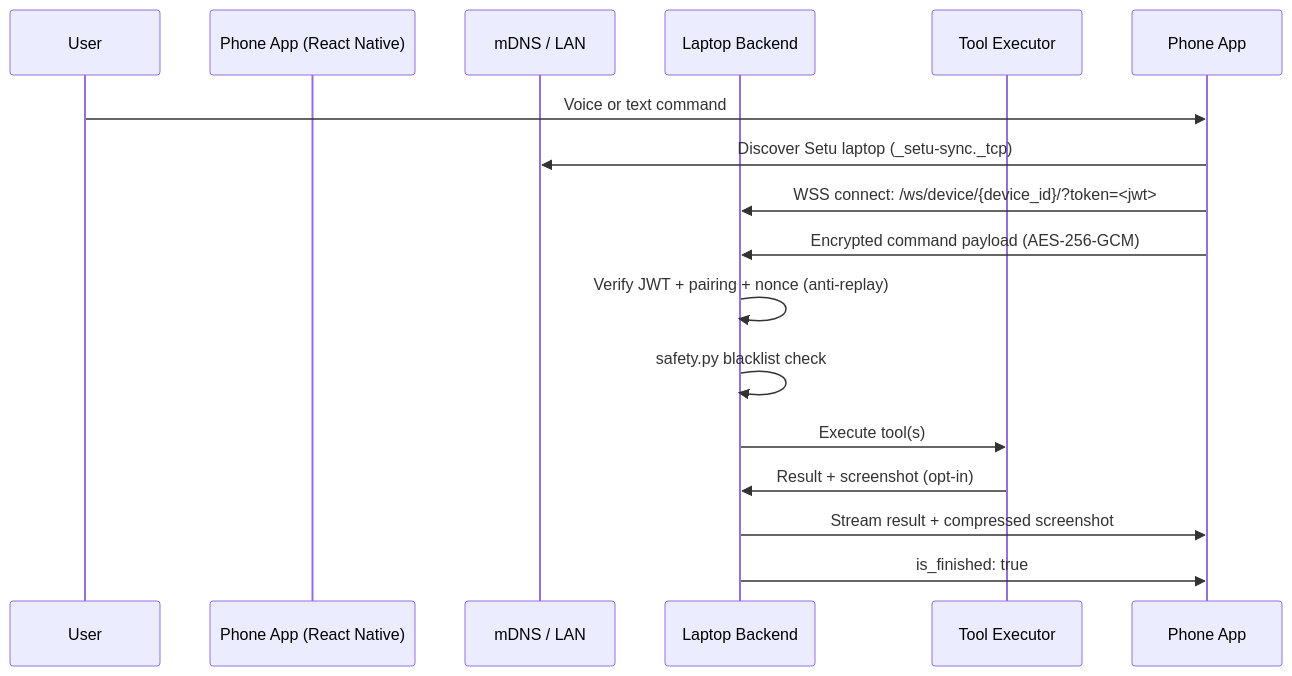
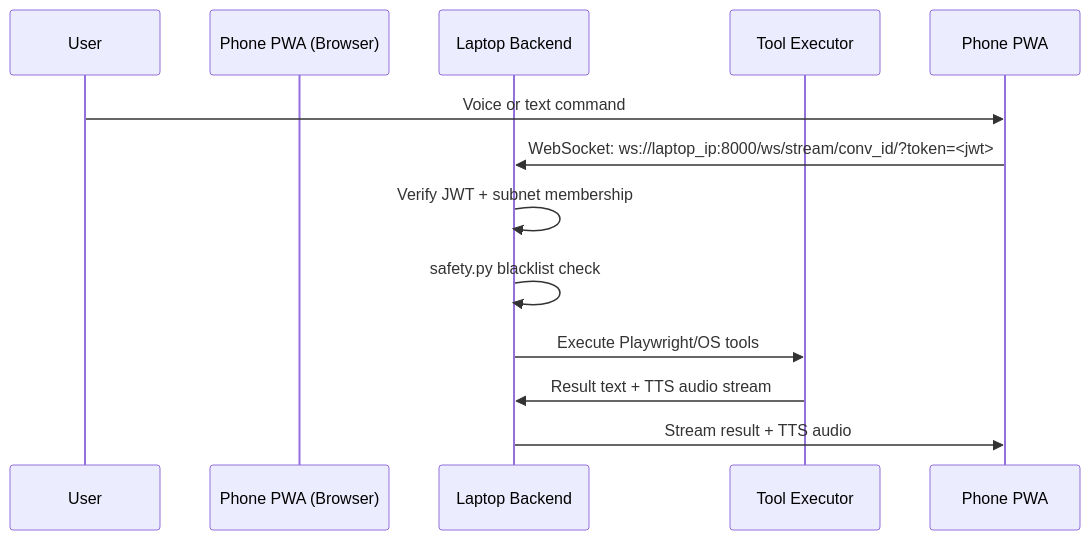
The third of 6 diagrams in docs/APP_FLOW.md (Dhairya2112/SETU), drawn with Mermaid before and after one commit. The commit also changed other lines of this file and 40 other files, not shown here.

Commit message:
Phase 0 (TS-to-JS migration + LAN compatibility) and Phase A (Playwright Browser Automation) complete

````diff
--- a/docs/APP_FLOW.md
+++ b/docs/APP_FLOW.md
@@ -80,19 +70,15 @@
 ```mermaid
 sequenceDiagram
     participant User
-    participant Phone App (React Native)
-    participant mDNS / LAN
+    participant Phone PWA (Browser)
     participant Laptop Backend
     participant Tool Executor
 
-    User->>Phone App: Voice or text command
-    Phone App->>mDNS / LAN: Discover Setu laptop (_setu-sync._tcp)
-    Phone App->>Laptop Backend: WSS connect: /ws/device/{device_id}/?token=<jwt>
-    Phone App->>Laptop Backend: Encrypted command payload (AES-256-GCM)
-    Laptop Backend->>Laptop Backend: Verify JWT + pairing + nonce (anti-replay)
+    User->>Phone PWA: Voice or text command
+    Phone PWA->>Laptop Backend: WebSocket: ws://laptop_ip:8000/ws/stream/conv_id/?token=<jwt>
+    Laptop Backend->>Laptop Backend: Verify JWT + subnet membership
     Laptop Backend->>Laptop Backend: safety.py blacklist check
-    Laptop Backend->>Tool Executor: Execute tool(s)
-    Tool Executor->>Laptop Backend: Result + screenshot (opt-in)
-    Laptop Backend->>Phone App: Stream result + compressed screenshot
-    Laptop Backend->>Phone App: is_finished: true
+    Laptop Backend->>Tool Executor: Execute Playwright/OS tools
+    Tool Executor->>Laptop Backend: Result text + TTS audio stream
+    Laptop Backend->>Phone PWA: Stream result + TTS audio
 ```
````
